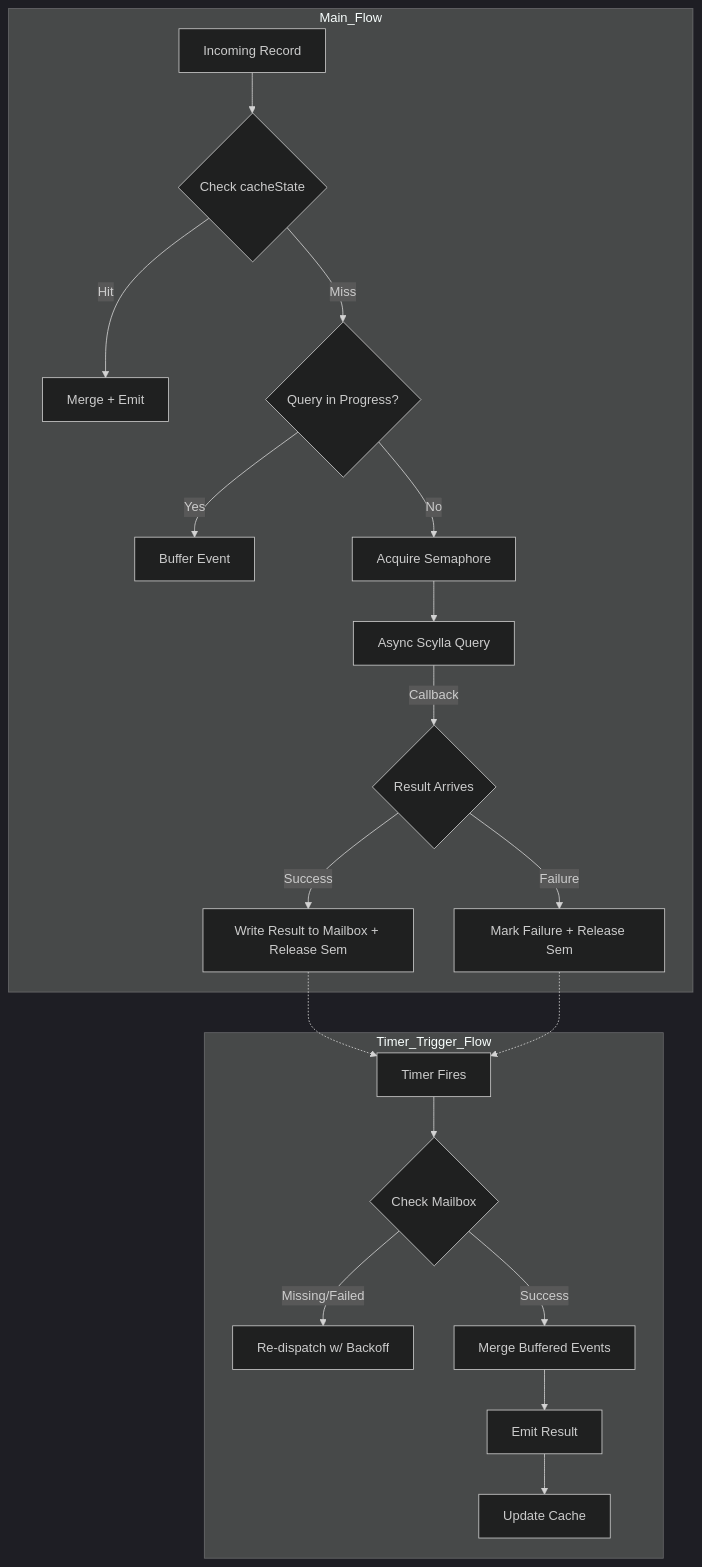
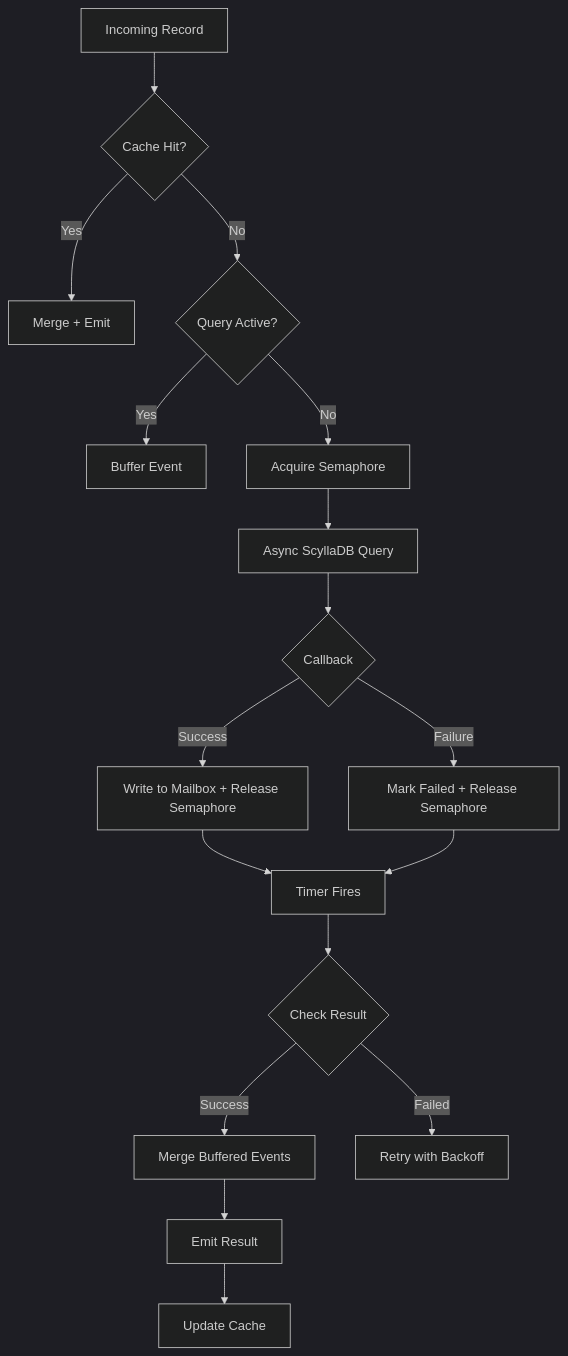
Before and after one commit to scaars10/scaars10.github.io: the diagram in posts/stateful-async.md, drawn with Mermaid (dark theme). The commit also changed other lines of this file and 1 other file, not shown here.

````diff
--- a/posts/stateful-async.md
+++ b/posts/stateful-async.md
@@ -128,27 +133,25 @@
 ```mermaid
 graph TD
-    subgraph Main_Flow
-    Start[Incoming Record] --> CheckCache{Check cacheState}
-    CheckCache -- Hit --> MergeEmit[Merge + Emit]
-    CheckCache -- Miss --> QueryActive{Query in Progress?}
+    Start[Incoming Record] --> CheckCache{Cache Hit?}
+    CheckCache -- Yes --> MergeEmit[Merge + Emit]
+    CheckCache -- No --> QueryActive{Query Active?}
     
     QueryActive -- Yes --> Buffer[Buffer Event]
     QueryActive -- No --> AcquireSem[Acquire Semaphore]
-    AcquireSem --> AsyncQuery[Async Scylla Query]
     
-    AsyncQuery -- Callback --> Result{Result Arrives}
-    Result -- Success --> MailboxSuccess[Write Result to Mailbox + Release Sem]
-    Result -- Failure --> MailboxFail[Mark Failure + Release Sem]
-    end
-
-    subgraph Timer_Trigger_Flow
-    TimerEvent[Timer Fires] --> CheckMailbox{Check Mailbox}
-    CheckMailbox -- "Missing/Failed" --> Retry[Re-dispatch w/ Backoff]
-    CheckMailbox -- Success --> MergeBuffer[Merge Buffered Events]
-    MergeBuffer --> EmitFinal[Emit Result]
-    EmitFinal --> UpdateCache[Update Cache]
-    end
-
-    MailboxSuccess -.-> TimerEvent
-    MailboxFail -.-> TimerEvent
+    AcquireSem --> AsyncQuery[Async ScyllaDB Query]
+    AsyncQuery --> Callback{Callback}
+    
+    Callback -- Success --> WriteMailbox[Write to Mailbox + Release Semaphore]
+    Callback -- Failure --> MarkFailed[Mark Failed + Release Semaphore]
+    
+    WriteMailbox --> TimerFires[Timer Fires]
+    MarkFailed --> TimerFires
+    
+    TimerFires --> CheckResult{Check Result}
+    CheckResult -- Success --> MergeAll[Merge Buffered Events]
+    CheckResult -- Failed --> Retry[Retry with Backoff]
+    
+    MergeAll --> EmitResult[Emit Result]
+    EmitResult --> UpdateCache[Update Cache]
 ```
````
